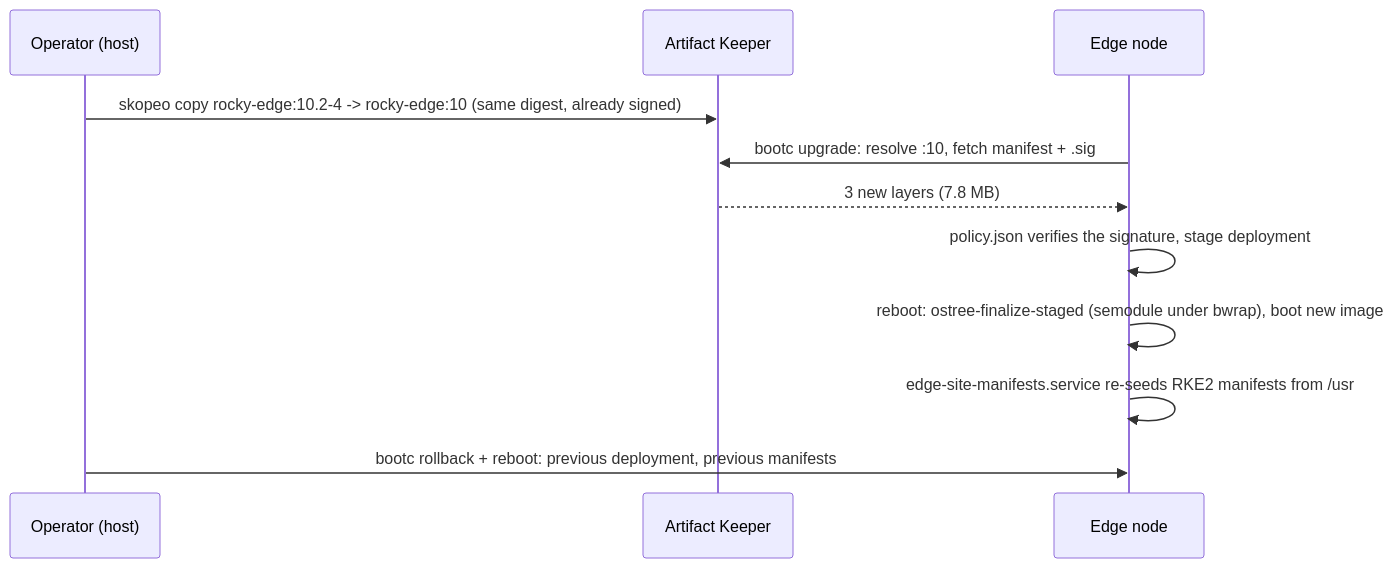
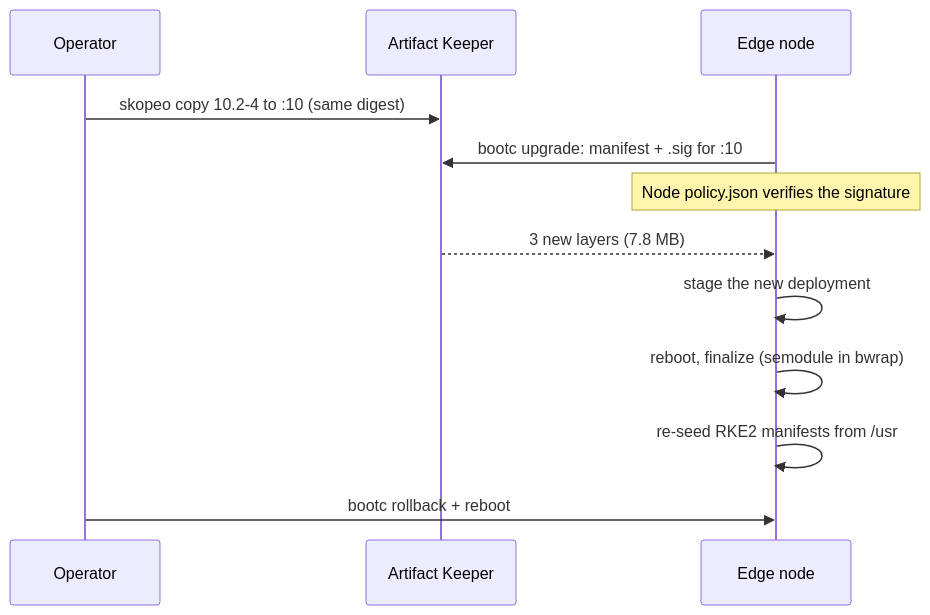
One commit to brandonrc/rocky-custom-baremetal-deployment changed the fourth of 4 diagrams in docs/architecture.md. Above: the diagram before and after it, drawn with Mermaid. The commit also changed other lines of this file and 12 other files, not shown here.

````diff
--- a/docs/architecture.md
+++ b/docs/architecture.md
@@ -168,13 +226,14 @@
 ```mermaid
 sequenceDiagram
-  participant Op as Operator (host)
+  participant Op as Operator
   participant AK as Artifact Keeper
   participant N as Edge node
-  Op->>AK: skopeo copy rocky-edge:10.2-4 -> rocky-edge:10 (same digest, already signed)
-  N->>AK: bootc upgrade: resolve :10, fetch manifest + .sig
+  Op->>AK: skopeo copy 10.2-4 to :10 (same digest)
+  N->>AK: bootc upgrade: manifest + .sig for :10
+  Note over N: Node policy.json verifies the signature
   AK-->>N: 3 new layers (7.8 MB)
-  N->>N: policy.json verifies the signature, stage deployment
-  N->>N: reboot: ostree-finalize-staged (semodule under bwrap), boot new image
-  N->>N: edge-site-manifests.service re-seeds RKE2 manifests from /usr
-  Op->>N: bootc rollback + reboot: previous deployment, previous manifests
+  N->>N: stage the new deployment
+  N->>N: reboot, finalize (semodule in bwrap)
+  N->>N: re-seed RKE2 manifests from /usr
+  Op->>N: bootc rollback + reboot
 ```
````
